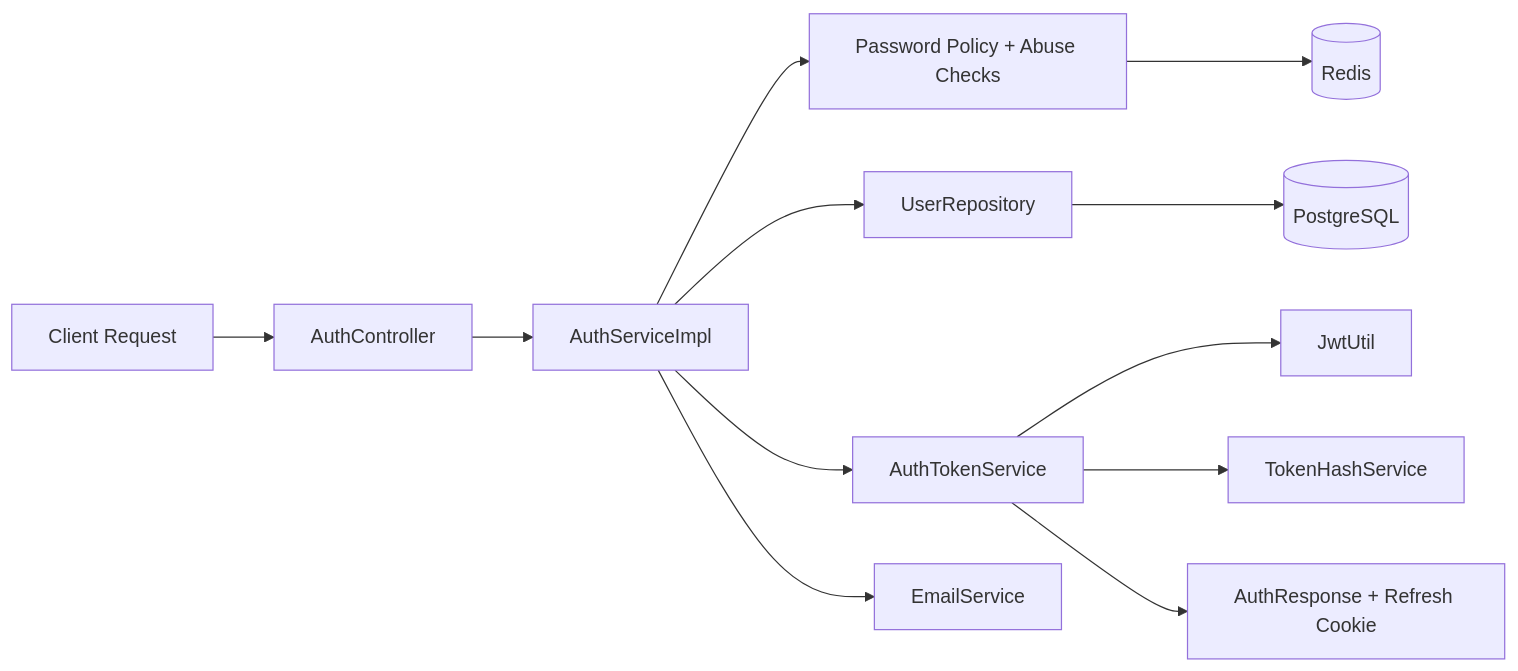
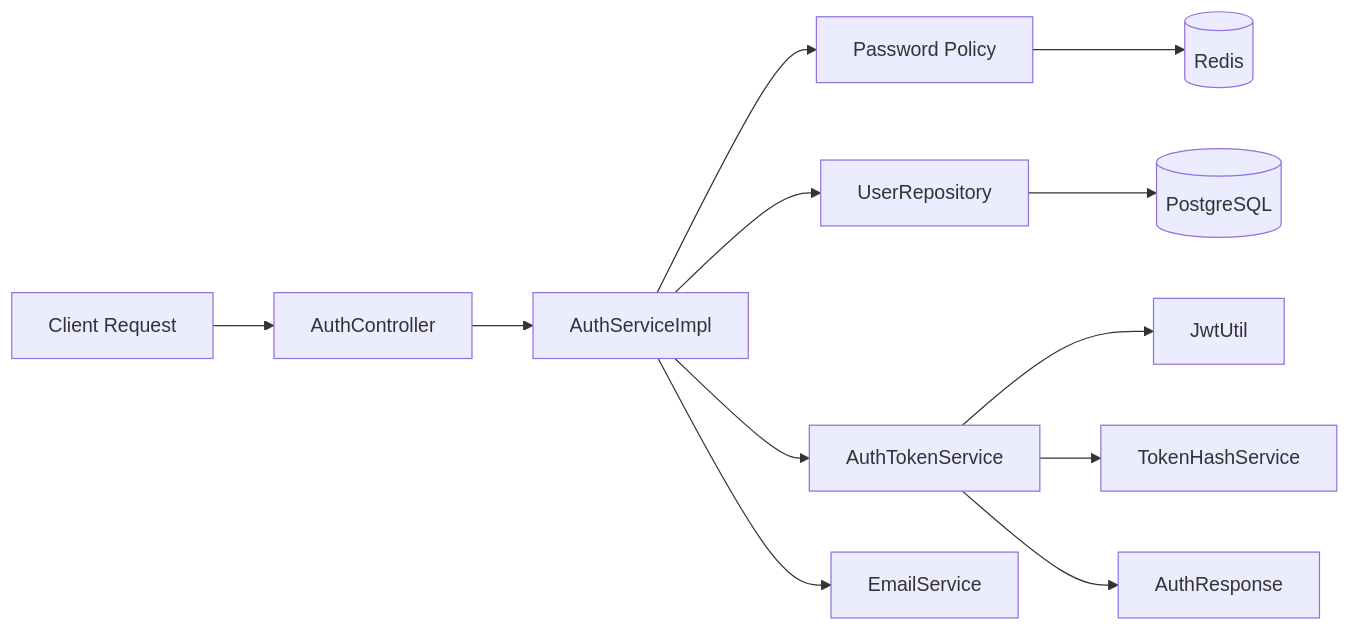
Before and after one commit to himanshugupta91/Full-Stack-Authentication-System: the third of 12 diagrams in README.md, drawn with Mermaid. The commit also changed other lines of this file, not shown here.

Commit message:
Rewrite all 12 mermaid diagrams from scratch with plain GitHub-compatible syntax

````diff
--- a/README.md
+++ b/README.md
@@ -177,14 +166,14 @@
 ```mermaid
-flowchart LR
+graph LR
     A[Client Request] --> B[AuthController]
     B --> C[AuthServiceImpl]
-    C --> D[Password Policy + Abuse Checks]
+    C --> D[Password Policy]
     C --> E[UserRepository]
     E --> F[(PostgreSQL)]
     C --> G[AuthTokenService]
     G --> H[JwtUtil]
     G --> I[TokenHashService]
     C --> J[EmailService]
     D --> K[(Redis)]
-    G --> L[AuthResponse + Refresh Cookie]
+    G --> L[AuthResponse]
 ```
````
